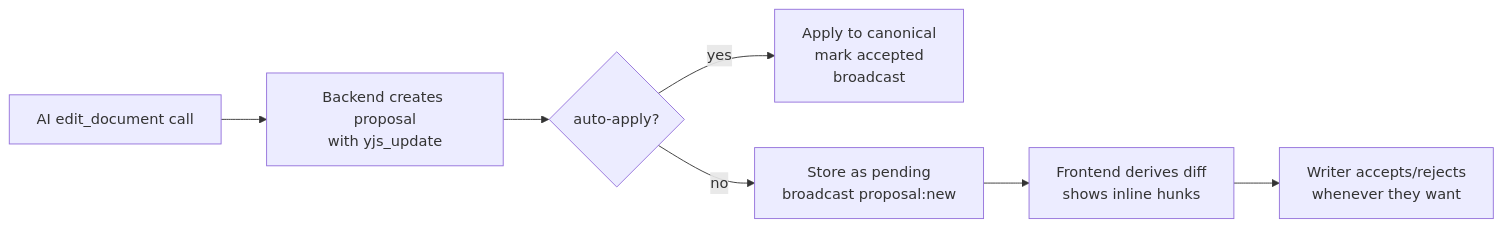
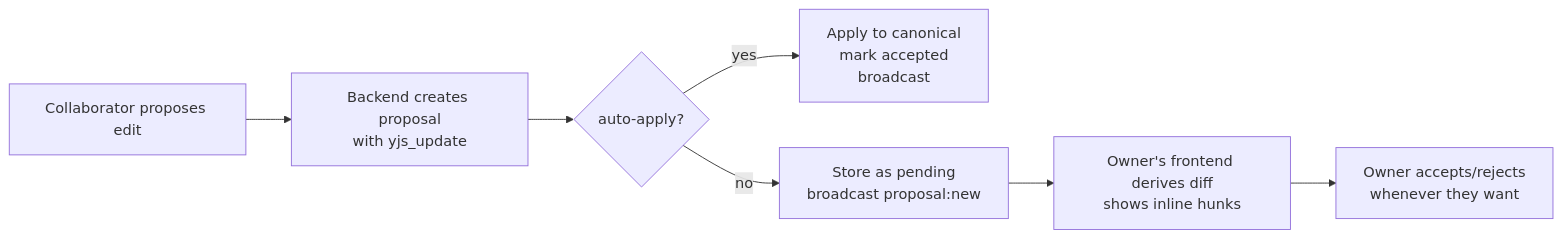
The first of 3 diagrams in _docs/plans/collab-data-model-v2/spec/architecture.md (haowjy/meridian-flow), drawn with Mermaid before and after one commit. The commit also changed other lines of this file and 3 other files, not shown here.

````diff
--- a/_docs/plans/collab-data-model-v2/spec/architecture.md
+++ b/_docs/plans/collab-data-model-v2/spec/architecture.md
@@ -30,9 +39,9 @@
 ```mermaid
 flowchart LR
-    A["AI edit_document call"] --> B["Backend creates proposal<br/>with yjs_update"]
+    A["Collaborator proposes edit"] --> B["Backend creates proposal<br/>with yjs_update"]
     B --> C{"auto-apply?"}
     C -->|yes| D["Apply to canonical<br/>mark accepted<br/>broadcast"]
     C -->|no| E["Store as pending<br/>broadcast proposal:new"]
-    E --> F["Frontend derives diff<br/>shows inline hunks"]
-    F --> G["Writer accepts/rejects<br/>whenever they want"]
+    E --> F["Owner's frontend derives diff<br/>shows inline hunks"]
+    F --> G["Owner accepts/rejects<br/>whenever they want"]
 ```
````
